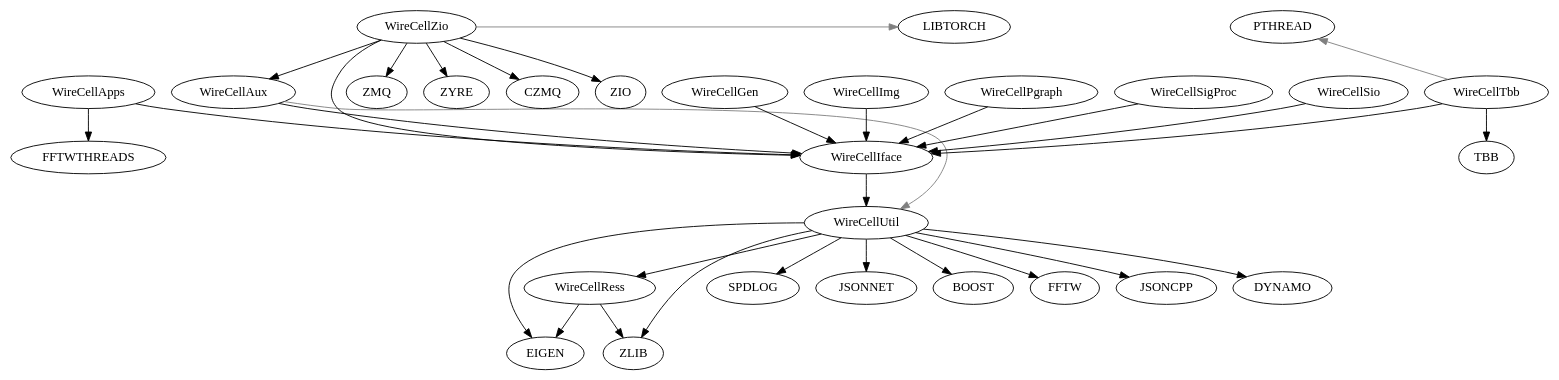
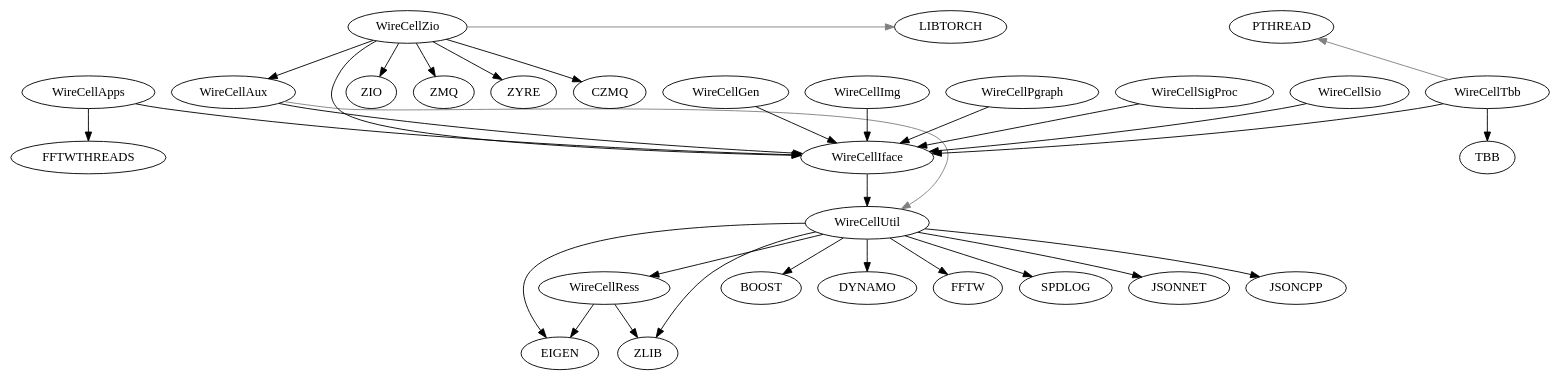
One commit to zhihuadong/wire-cell-toolkit changed the diagram in wct-deps.dot. Above: the diagram before and after it, drawn with Graphviz. The commit also changed other lines of this file and 13 other files, not shown here.

```diff
--- a/wct-deps.dot
+++ b/wct-deps.dot
@@ -1,45 +1,45 @@
 digraph deps {
 	"WireCellApps";
 	"WireCellAux";
 	"WireCellGen";
 	"WireCellIface";
 	"WireCellImg";
 	"WireCellPgraph";
 	"WireCellRess";
 	"WireCellSigProc";
 	"WireCellSio";
 	"WireCellTbb";
 	"WireCellUtil";
 	"WireCellZio";
 	"WireCellApps" -> "WireCellIface"[color="black"];
 	"WireCellApps" -> "FFTWTHREADS"[color="black"];
 	"WireCellAux" -> "WireCellIface"[color="black"];
 	"WireCellAux" -> "WireCellUtil"[color="gray",constraint=false];
 	"WireCellGen" -> "WireCellIface"[color="black"];
 	"WireCellIface" -> "WireCellUtil"[color="black"];
 	"WireCellImg" -> "WireCellIface"[color="black"];
 	"WireCellPgraph" -> "WireCellIface"[color="black"];
 	"WireCellRess" -> "EIGEN"[color="black"];
 	"WireCellRess" -> "ZLIB"[color="black"];
 	"WireCellSigProc" -> "WireCellIface"[color="black"];
 	"WireCellSio" -> "WireCellIface"[color="black"];
+	"WireCellTbb" -> "TBB"[color="black"];
 	"WireCellTbb" -> "WireCellIface"[color="black"];
-	"WireCellTbb" -> "TBB"[color="black"];
 	"WireCellTbb" -> "PTHREAD"[color="gray",constraint=false];
-	"WireCellUtil" -> "EIGEN"[color="black"];
+	"WireCellUtil" -> "BOOST"[color="black"];
+	"WireCellUtil" -> "DYNAMO"[color="black"];
+	"WireCellUtil" -> "FFTW"[color="black"];
+	"WireCellUtil" -> "ZLIB"[color="black"];
+	"WireCellUtil" -> "WireCellRess"[color="black"];
 	"WireCellUtil" -> "SPDLOG"[color="black"];
 	"WireCellUtil" -> "JSONNET"[color="black"];
-	"WireCellUtil" -> "ZLIB"[color="black"];
-	"WireCellUtil" -> "BOOST"[color="black"];
-	"WireCellUtil" -> "WireCellRess"[color="black"];
-	"WireCellUtil" -> "FFTW"[color="black"];
+	"WireCellUtil" -> "EIGEN"[color="black"];
 	"WireCellUtil" -> "JSONCPP"[color="black"];
-	"WireCellUtil" -> "DYNAMO"[color="black"];
+	"WireCellZio" -> "ZIO"[color="black"];
 	"WireCellZio" -> "ZMQ"[color="black"];
 	"WireCellZio" -> "ZYRE"[color="black"];
-	"WireCellZio" -> "WireCellAux"[color="black"];
 	"WireCellZio" -> "CZMQ"[color="black"];
 	"WireCellZio" -> "WireCellIface"[color="black"];
-	"WireCellZio" -> "ZIO"[color="black"];
+	"WireCellZio" -> "WireCellAux"[color="black"];
 	"WireCellZio" -> "LIBTORCH"[color="gray",constraint=false];
 }
```
